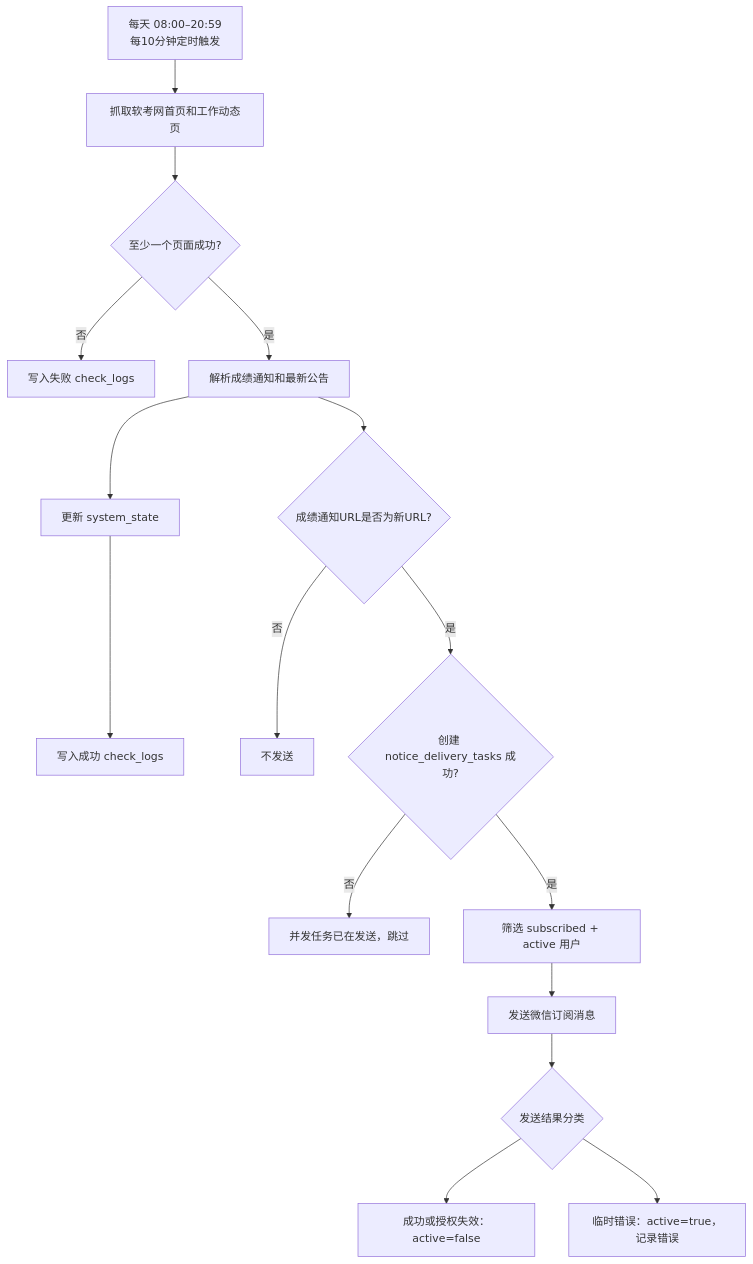
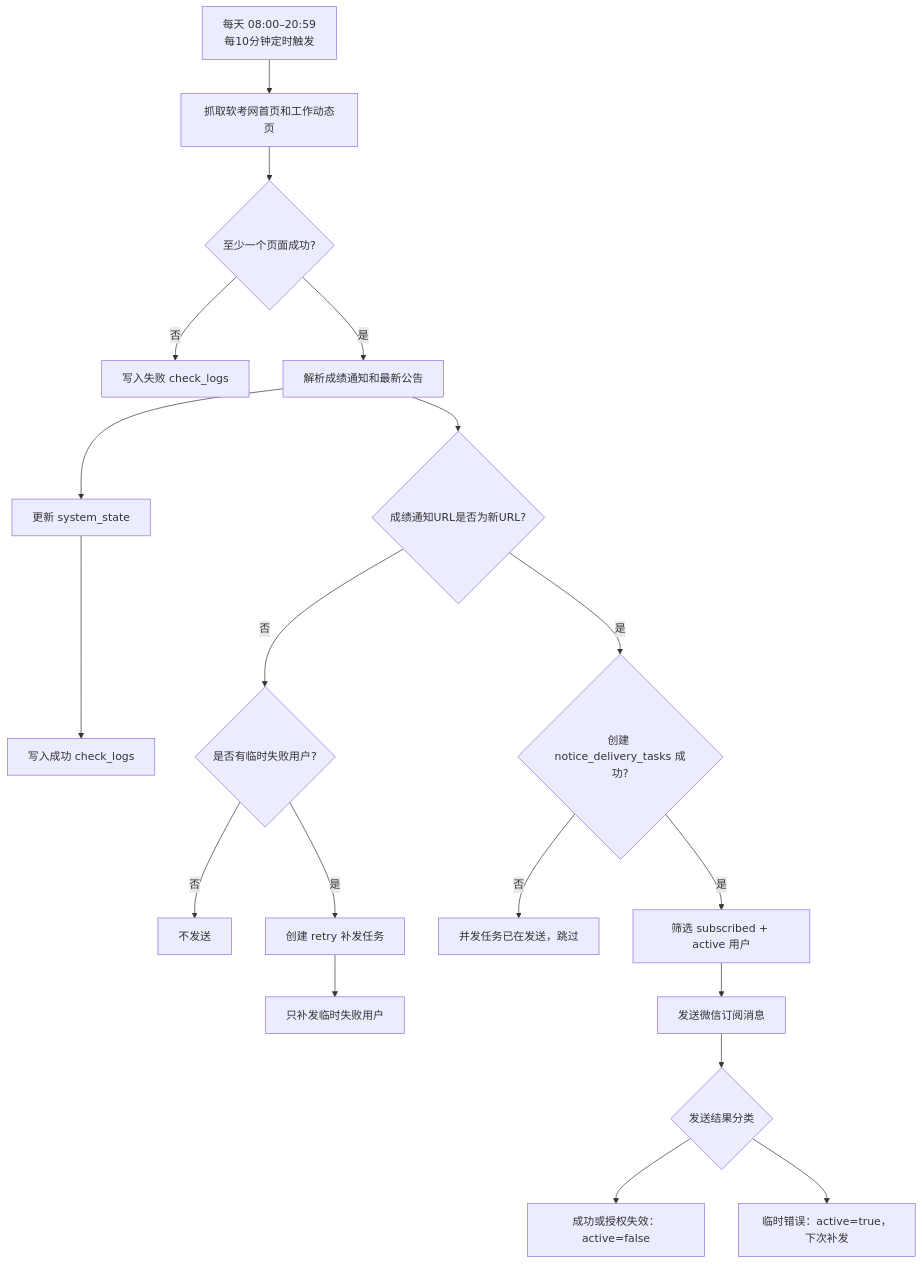
Before and after one commit to Sillywa/ruankao: the fourth of 5 diagrams in doc.md, drawn with Mermaid. The commit also changed other lines of this file and 2 other files, not shown here.

Commit message:
fix: retry temporary notification failures

````diff
--- a/doc.md
+++ b/doc.md
@@ -227,18 +227,21 @@
 ```mermaid
 flowchart TD
     A["每天 08:00–20:59\n每10分钟定时触发"] --> B["抓取软考网首页和工作动态页"]
     B --> C{"至少一个页面成功?"}
     C -- 否 --> D["写入失败 check_logs"]
     C -- 是 --> E["解析成绩通知和最新公告"]
     E --> F["更新 system_state"]
     F --> G["写入成功 check_logs"]
     E --> H{"成绩通知URL是否为新URL?"}
-    H -- 否 --> I["不发送"]
+    H -- 否 --> I{"是否有临时失败用户?"}
+    I -- 否 --> Q["不发送"]
+    I -- 是 --> R["创建 retry 补发任务"]
+    R --> S["只补发临时失败用户"]
     H -- 是 --> J{"创建 notice_delivery_tasks 成功?"}
     J -- 否 --> M["并发任务已在发送，跳过"]
     J -- 是 --> K["筛选 subscribed + active 用户"]
     K --> L["发送微信订阅消息"]
     L --> N{"发送结果分类"}
     N --> O["成功或授权失效：active=false"]
-    N --> P["临时错误：active=true，记录错误"]
+    N --> P["临时错误：active=true，下次补发"]
 ```
````
